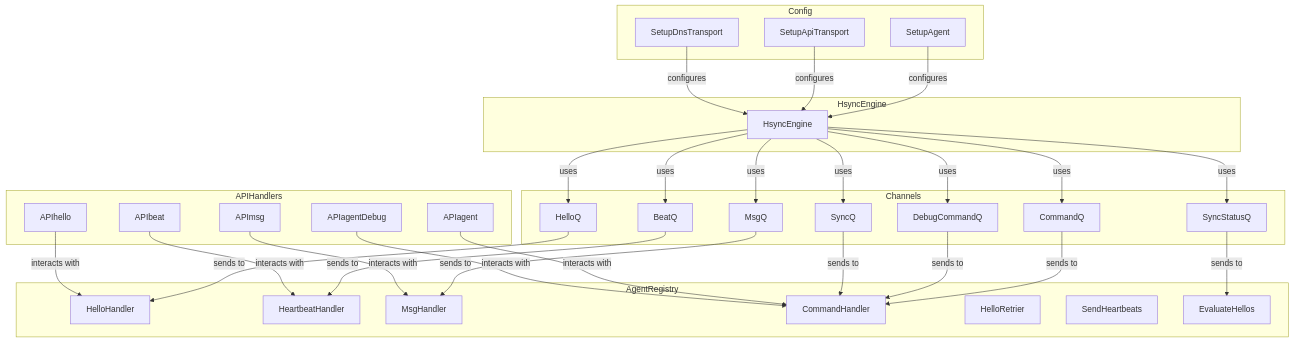
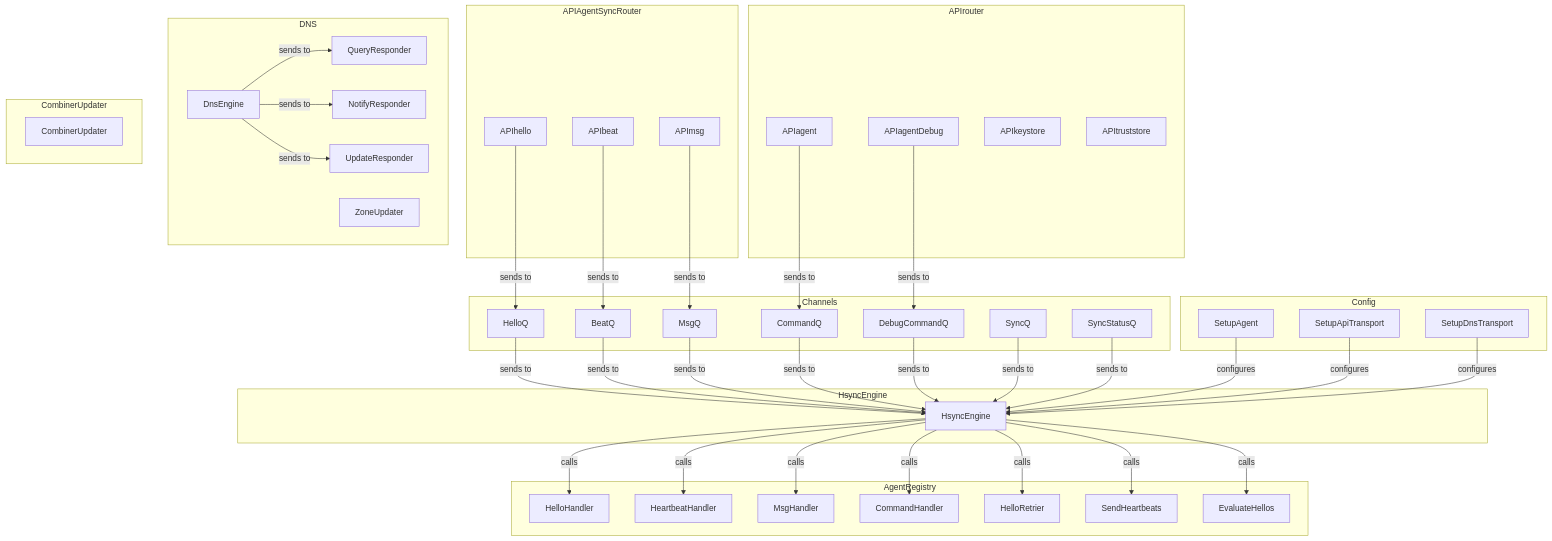
The diagram in agent/README.md (johanix/tdns), drawn with Mermaid before and after one commit.

Commit message:
* mermaid graph

```diff
--- a/agent/README.md
+++ b/agent/README.md
@@ -50,16 +50,33 @@
         C7[SyncStatusQ]
     end
 
-    subgraph APIHandlers
+    subgraph APIrouter
         H1[APIagent]
         H2[APIagentDebug]
-        H3[APIbeat]
-        H4[APIhello]
-        H5[APImsg]
+        H3[APIkeystore]
+        H4[APItruststore]
+    end
+
+    subgraph APIAgentSyncRouter
+        H10[APIhello]
+        H11[APIbeat]
+        H12[APImsg]
     end
 
     subgraph HsyncEngine
         E1[HsyncEngine]
+    end
+
+    subgraph DNS
+        D1[DnsEngine]
+        D2[QueryResponder]
+        D3[NotifyResponder]
+        D4[UpdateResponder]
+        D5[ZoneUpdater]
+    end
+
+    subgraph CombinerUpdater
+        D10[CombinerUpdater]
     end
 
     subgraph Config
@@ -68,27 +85,31 @@
         F3[SetupDnsTransport]
     end
 
-    E1 -->|uses| C1
-    E1 -->|uses| C2
-    E1 -->|uses| C3
-    E1 -->|uses| C4
-    E1 -->|uses| C5
-    E1 -->|uses| C6
-    E1 -->|uses| C7
+    D1 -->|sends to| D2
+   D1 -->|sends to| D3
+   D1 -->|sends to| D4
 
-    C1 -->|sends to| A1
-    C2 -->|sends to| A2
-    C3 -->|sends to| A3
-    C4 -->|sends to| A4
-    C5 -->|sends to| A4
-    C6 -->|sends to| A4
-    C7 -->|sends to| A7
+    E1 -->|calls| A1
+    E1 -->|calls| A2
+    E1 -->|calls| A3
+    E1 -->|calls| A4
+    E1 -->|calls| A5
+    E1 -->|calls| A6
+    E1 -->|calls| A7
 
-    H1 -->|interacts with| A4
-    H2 -->|interacts with| A4
-    H3 -->|interacts with| A2
-    H4 -->|interacts with| A1
-    H5 -->|interacts with| A3
+    C1 -->|sends to| E1
+    C2 -->|sends to| E1
+    C3 -->|sends to| E1
+    C4 -->|sends to| E1
+    C5 -->|sends to| E1
+    C6 -->|sends to| E1
+    C7 -->|sends to| E1
+
+    H1 -->|sends to| C4
+    H2 -->|sends to| C5
+    H10 -->|sends to| C1
+    H11 -->|sends to| C2
+    H12 -->|sends to| C3
 
     F1 -->|configures| E1
     F2 -->|configures| E1
```
